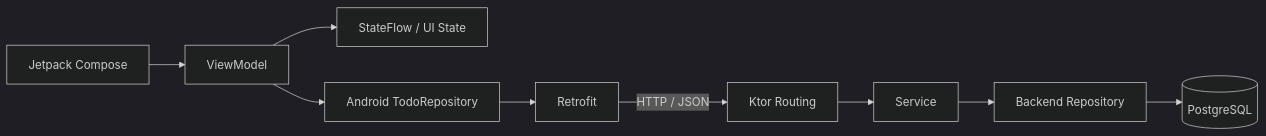
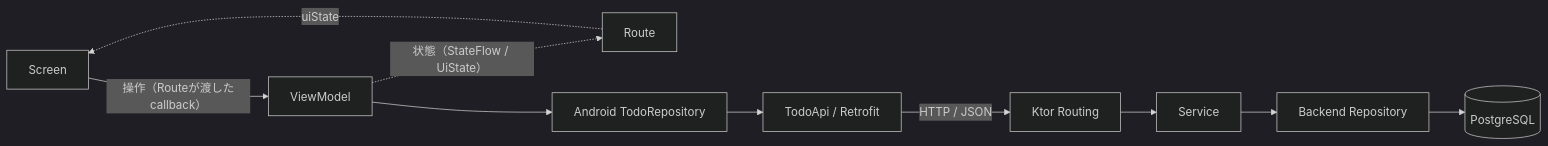
The first of 4 diagrams in docs/architecture.md (GenkiHashioka/kotlin-todo), drawn with Mermaid (dark theme) before and after one commit. The commit also changed other lines of this file and 3 other files, not shown here.

````diff
--- a/docs/architecture.md
+++ b/docs/architecture.md
@@ -63,11 +63,12 @@
 ```mermaid
 flowchart LR
-    Compose[Jetpack Compose] --> ViewModel
-    ViewModel --> StateFlow[StateFlow / UI State]
+    Screen[Screen] -->|"操作（Routeが渡したcallback）"| ViewModel
+    ViewModel -.->|"状態（StateFlow / UiState）"| Route
+    Route -.->|uiState| Screen
     ViewModel --> AndroidRepository[Android TodoRepository]
-    AndroidRepository --> Retrofit
+    AndroidRepository --> Retrofit[TodoApi / Retrofit]
     Retrofit -->|HTTP / JSON| Routing[Ktor Routing]
     Routing --> Service
     Service --> BackendRepository[Backend Repository]
     BackendRepository --> DB[(PostgreSQL)]
 ```
````
